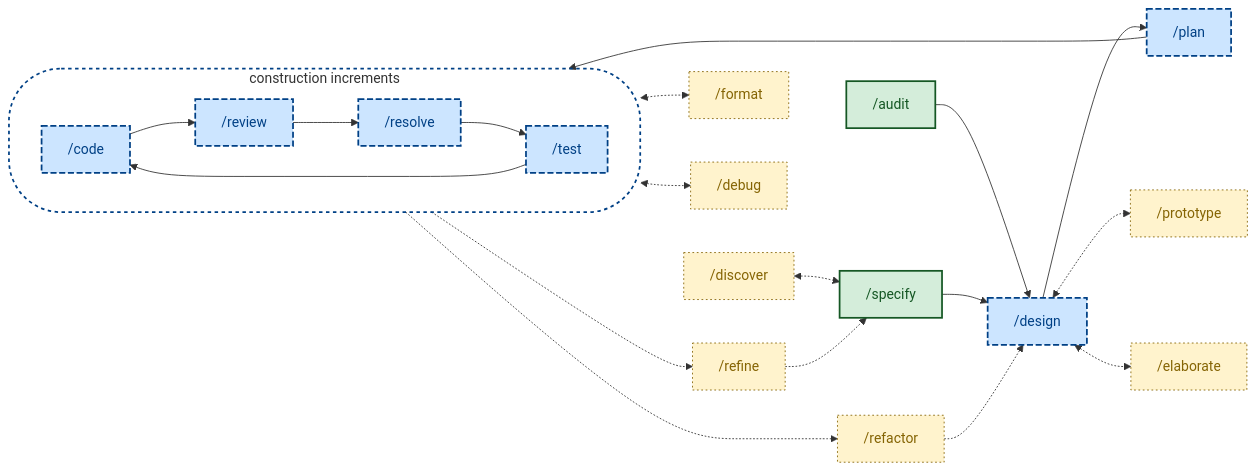
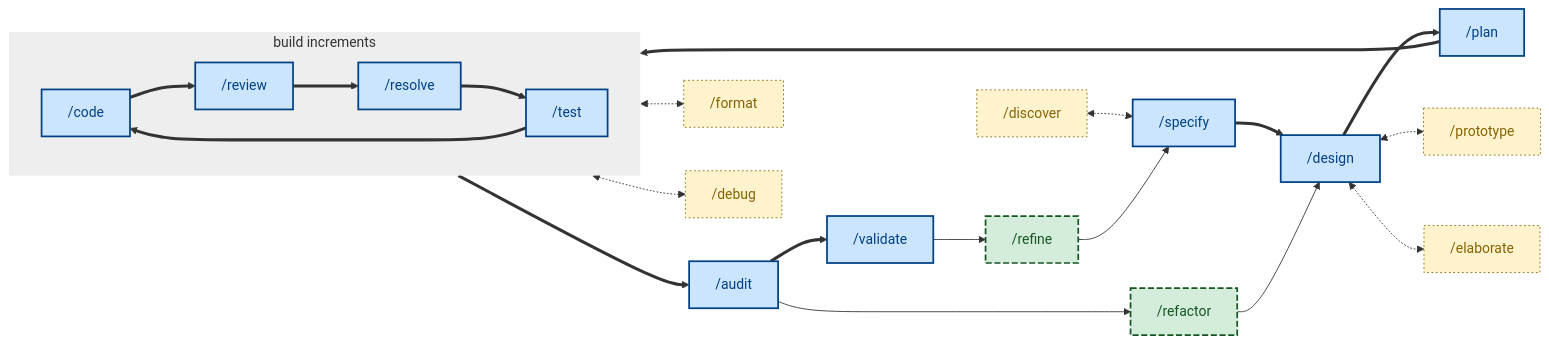
Before and after one commit to kieranpotts/skills: the diagram in README.md, drawn with Mermaid. The commit also changed other lines of this file, not shown here.

Commit message:
chore: change presentation of workflow visual model

````diff
--- a/README.md
+++ b/README.md
@@ -43,57 +45,55 @@
 ```mermaid
 flowchart LR
   %% Node labels and classes (declared up front so they hold inside and outside the subgraph).
-  discover["/discover"]:::secondary
-  audit["/audit"]:::start
-  specify["/specify"]:::start
-  design["/design"]:::main
-  plan["/plan"]:::main
-  code["/code"]:::main
-  review["/review"]:::main
-  resolve["/resolve"]:::main
-  test["/test"]:::main
-  prototype["/prototype"]:::secondary
-  elaborate["/elaborate"]:::secondary
-  format["/format"]:::secondary
-  debug["/debug"]:::secondary
+  discover["/discover"]:::tertiary
+  specify["/specify"]:::primary
+  design["/design"]:::primary
+  plan["/plan"]:::primary
+  code["/code"]:::primary
+  review["/review"]:::primary
+  resolve["/resolve"]:::primary
+  test["/test"]:::primary
+  audit["/audit"]:::primary
+  validate["/validate"]:::primary
+  prototype["/prototype"]:::tertiary
+  elaborate["/elaborate"]:::tertiary
+  format["/format"]:::tertiary
+  debug["/debug"]:::tertiary
   refactor["/refactor"]:::secondary
   refine["/refine"]:::secondary
 
-  %% Starting points.
-  audit --> design
-  specify --> design
+  %% Main workflow sequence.
+  specify ==> design
+  design ==> plan
+  plan ==> code
+  subgraph build_increments [build increments]
+    direction LR
+    code ==> review
+    review ==> resolve
+    resolve ==> test
+    test ==> code
+  end
+  test ==> audit
+  audit ==> validate
 
-  %% Main workflow sequence.
-  design --> plan
-  plan --> code
-
-  %% The build loop: code -> review -> resolve -> test, plus the format and debug repair cycles.
-  subgraph build [construction increments]
-    direction LR
-    code --> review
-    review --> resolve
-    resolve --> test
-    test --> code
-  end
-
-  %% Small iterative cycles.
+  %% Callouts to helpers.
   discover <-.-> specify
   design <-.-> prototype
   design <-.-> elaborate
   code <-.-> format
   test <-.-> debug
 
-  %% Big feedback loops.
-  review -.-> refactor
-  refactor -.-> design
-  test -.-> refine
-  refine -.-> specify
+  %% Feedback loops.
+  audit --> refactor
+  refactor --> design
+  validate --> refine
+  refine --> specify
 
   %% Class definitions.
-  classDef start fill:#d4edda,stroke:#155724,color:#155724,stroke-width:2px
-  classDef main fill:#cce5ff,stroke:#004085,color:#004085,stroke-width:2px,stroke-dasharray:7 3
-  classDef secondary fill:#fff3cd,stroke:#856404,color:#856404,stroke-width:1px,stroke-dasharray:2 3
+  classDef primary fill:#cce5ff,stroke:#004085,color:#004085,stroke-width:2px
+  classDef secondary fill:#d4edda,stroke:#155724,color:#155724,stroke-width:2px,stroke-dasharray:7 3
+  classDef tertiary fill:#fff3cd,stroke:#856404,color:#856404,stroke-width:1px,stroke-dasharray:2 3
 
   %% Subgraph (loop) border styling.
-  style build fill:none,stroke:#004085,stroke-width:2px,stroke-dasharray:4 4,rx:60,ry:60
+  style build_increments fill:#EEEEEE,stroke-width:0px
 ```
````
